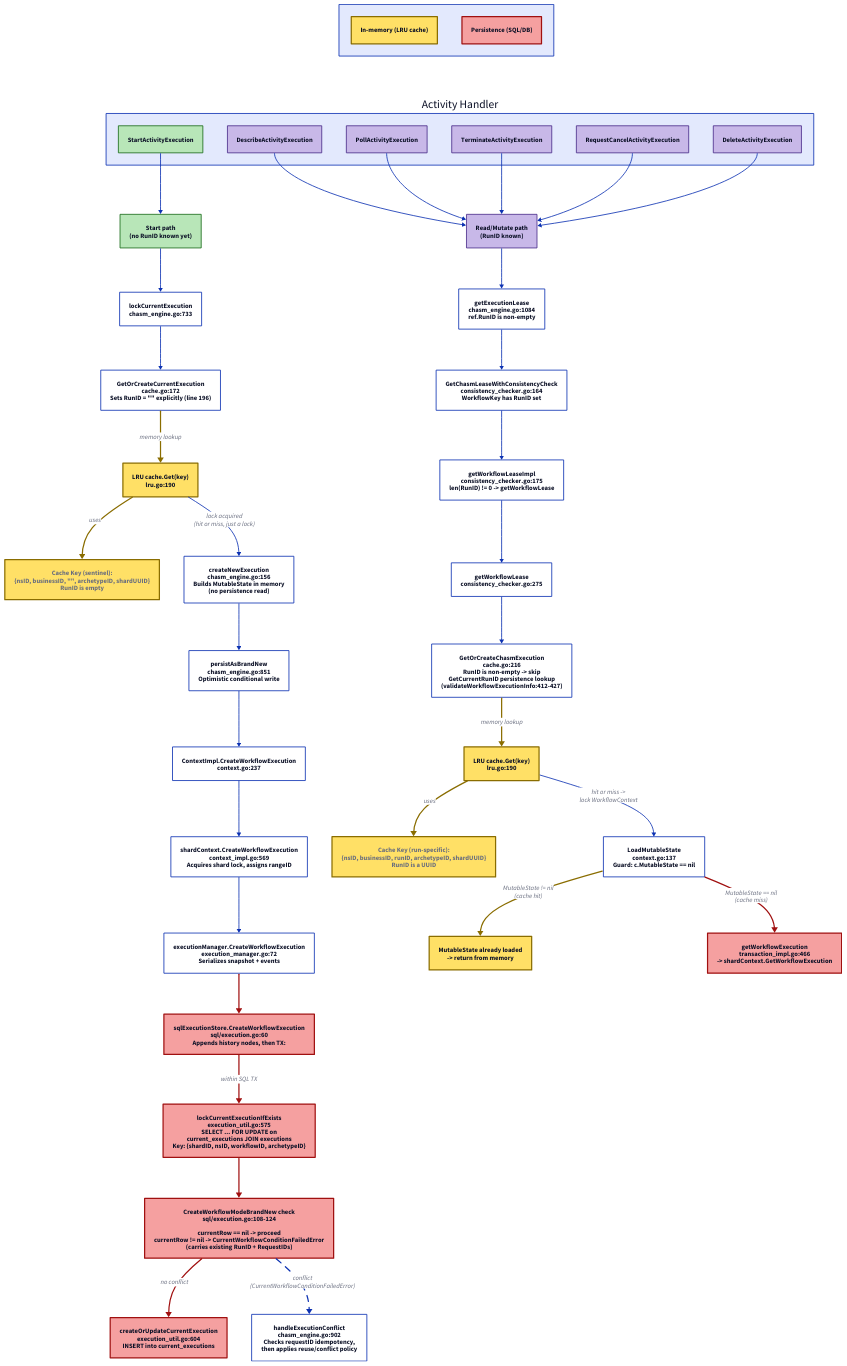
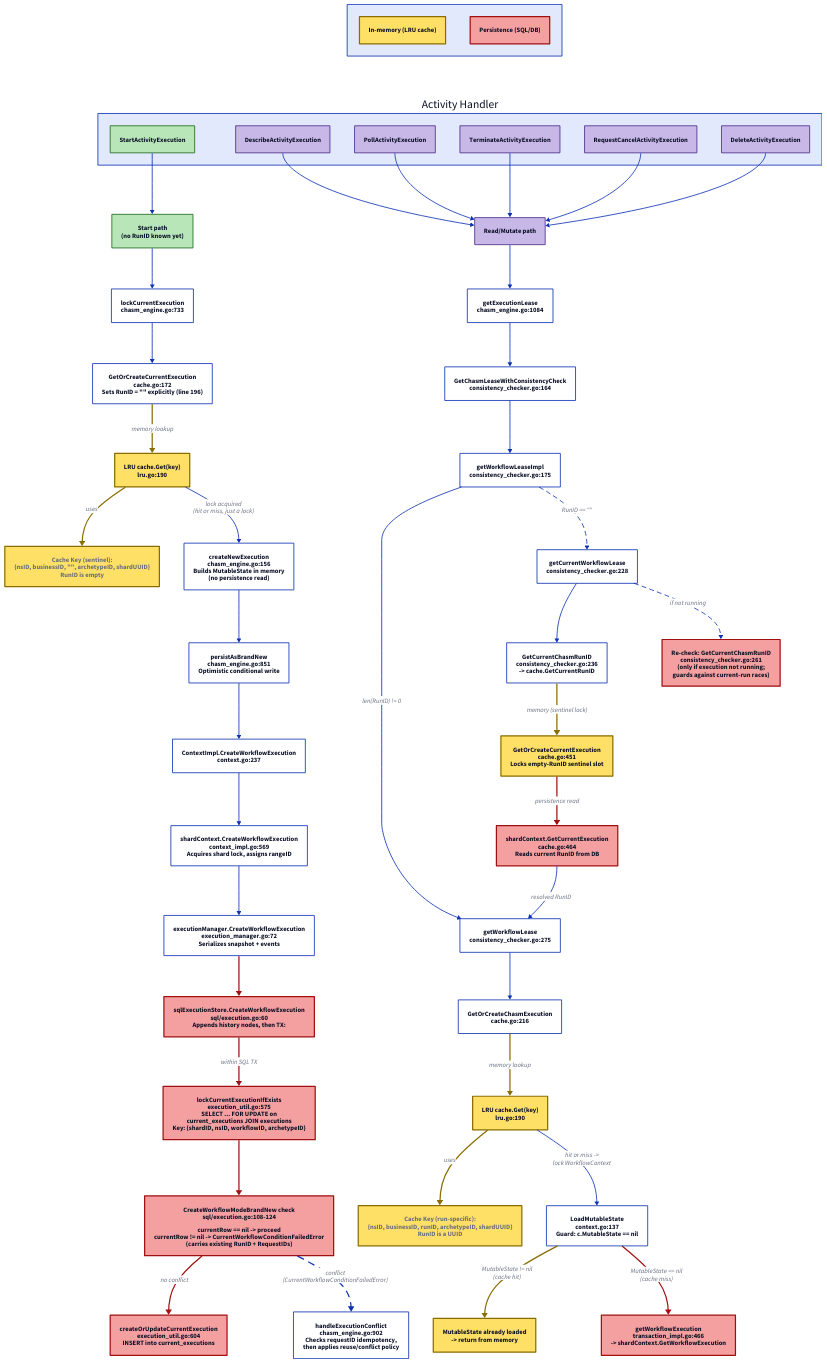
Before and after one commit to dandavison/temporalio-temporal: the diagram in .task/activity-cache-keys.d2, drawn with D2.

Commit message:
activity diagram update

```diff
--- a/.task/activity-cache-keys.d2
+++ b/.task/activity-cache-keys.d2
@@ -61,7 +61,7 @@
   style.stroke-width: 2
 }
 
-lease_path: "Read/Mutate path\n(RunID known)" {
+lease_path: "Read/Mutate path" {
   style.fill: "#c8b8e8"
   style.stroke: "#4a2d8a"
   style.stroke-width: 2
@@ -199,34 +199,96 @@
 }
 
 # ================================================================
-# READ/MUTATE PATH (non-empty RunID)
+# READ/MUTATE PATH
 # ================================================================
 
-get_exec_lease: "getExecutionLease\nchasm_engine.go:1084\nref.RunID is non-empty" {
+get_exec_lease: "getExecutionLease\nchasm_engine.go:1084" {
   style.fill: "#ffffff"
 }
 
 lease_path -> get_exec_lease
 
-consistency_check: "GetChasmLeaseWithConsistencyCheck\nconsistency_checker.go:164\nWorkflowKey has RunID set" {
+consistency_check: "GetChasmLeaseWithConsistencyCheck\nconsistency_checker.go:164" {
   style.fill: "#ffffff"
 }
 
 get_exec_lease -> consistency_check
 
-branch: "getWorkflowLeaseImpl\nconsistency_checker.go:175\nlen(RunID) != 0 -> getWorkflowLease" {
+branch: "getWorkflowLeaseImpl\nconsistency_checker.go:175" {
   style.fill: "#ffffff"
 }
 
 consistency_check -> branch
 
+# ----------------------------------------------------------------
+# Sub-path A: RunID present -> straight to getWorkflowLease
+# ----------------------------------------------------------------
+
+branch -> get_wf_lease: "len(RunID) != 0"
+
+# ----------------------------------------------------------------
+# Sub-path B: RunID absent -> resolve via getCurrentWorkflowLease
+# ----------------------------------------------------------------
+
+get_current_lease: "getCurrentWorkflowLease\nconsistency_checker.go:228" {
+  style.fill: "#ffffff"
+}
+
+branch -> get_current_lease: "RunID == \"\"" {
+  style.stroke-dash: 5
+}
+
+resolve_run_id: "GetCurrentChasmRunID\nconsistency_checker.go:236\n-> cache.GetCurrentRunID" {
+  style.fill: "#ffffff"
+}
+
+get_current_lease -> resolve_run_id
+
+lock_sentinel: "GetOrCreateCurrentExecution\ncache.go:451\nLocks empty-RunID sentinel slot" {
+  style.fill: "#ffe066"
+  style.stroke: "#8a6d00"
+  style.stroke-width: 3
+}
+
+resolve_run_id -> lock_sentinel: "memory (sentinel lock)" {
+  style.stroke: "#8a6d00"
+  style.stroke-width: 3
+}
+
+get_current_exec: "shardContext.GetCurrentExecution\ncache.go:464\nReads current RunID from DB" {
+  style.fill: "#f5a0a0"
+  style.stroke: "#a01010"
+  style.stroke-width: 3
+}
+
+lock_sentinel -> get_current_exec: "persistence read" {
+  style.stroke: "#a01010"
+  style.stroke-width: 3
+}
+
+get_current_exec -> get_wf_lease: "resolved RunID"
+
+# After getWorkflowLease, if execution is not running,
+# double-checks current RunID hasn't changed
+recheck: "Re-check: GetCurrentChasmRunID\nconsistency_checker.go:261\n(only if execution not running;\nguards against current-run races)" {
+  style.fill: "#f5a0a0"
+  style.stroke: "#a01010"
+  style.stroke-width: 3
+}
+
+get_current_lease -> recheck: "if not running" {
+  style.stroke-dash: 5
+}
+
+# ----------------------------------------------------------------
+# Shared: getWorkflowLease onwards (both sub-paths converge)
+# ----------------------------------------------------------------
+
 get_wf_lease: "getWorkflowLease\nconsistency_checker.go:275" {
   style.fill: "#ffffff"
 }
 
-branch -> get_wf_lease
-
-get_or_create_chasm: "GetOrCreateChasmExecution\ncache.go:216\nRunID is non-empty -> skip\nGetCurrentRunID persistence lookup\n(validateWorkflowExecutionInfo:412-427)" {
+get_or_create_chasm: "GetOrCreateChasmExecution\ncache.go:216" {
   style.fill: "#ffffff"
 }
 
```
